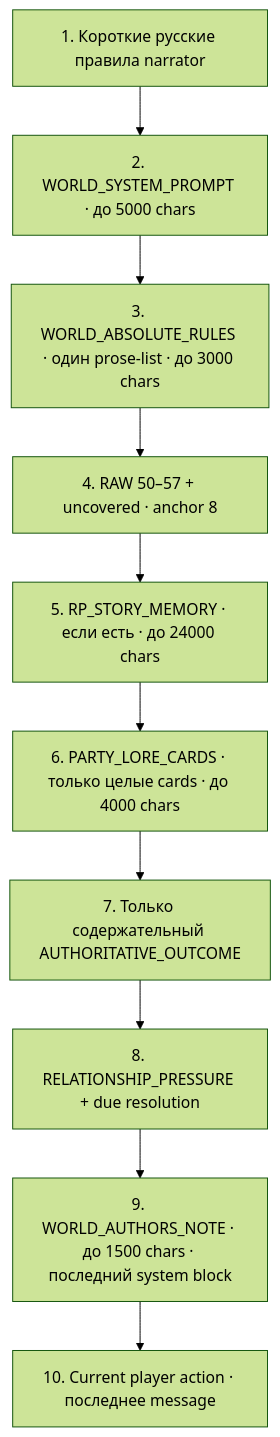
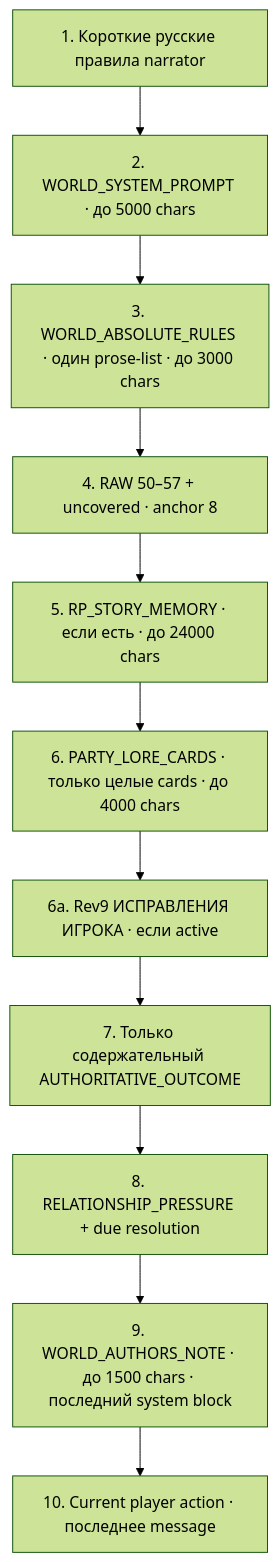
The sixth of 7 diagrams in docs/wiki/05-memory-and-retrieval.md (abykovwww-byte/ubuntu_ansible_palybooks), drawn with Mermaid (forest theme) before and after one commit. The commit also changed other lines of this file and 30 other files, not shown here.

````diff
--- a/docs/wiki/05-memory-and-retrieval.md
+++ b/docs/wiki/05-memory-and-retrieval.md
@@ -297,12 +297,13 @@
 ```mermaid
 flowchart TB
     A["1. Короткие русские правила narrator"] --> B["2. WORLD_SYSTEM_PROMPT · до 5000 chars"]
     B --> C["3. WORLD_ABSOLUTE_RULES · один prose-list · до 3000 chars"]
     C --> D["4. RAW 50–57 + uncovered · anchor 8"]
     D --> E["5. RP_STORY_MEMORY · если есть · до 24000 chars"]
     E --> F["6. PARTY_LORE_CARDS · только целые cards · до 4000 chars"]
-    F --> G["7. Только содержательный AUTHORITATIVE_OUTCOME"]
+    F --> C9["6a. Rev9 ИСПРАВЛЕНИЯ ИГРОКА · если active"]
+    C9 --> G["7. Только содержательный AUTHORITATIVE_OUTCOME"]
     G --> H["8. RELATIONSHIP_PRESSURE + due resolution"]
     H --> I["9. WORLD_AUTHORS_NOTE · до 1500 chars · последний system block"]
     I --> J["10. Current player action · последнее message"]
 ```
````
